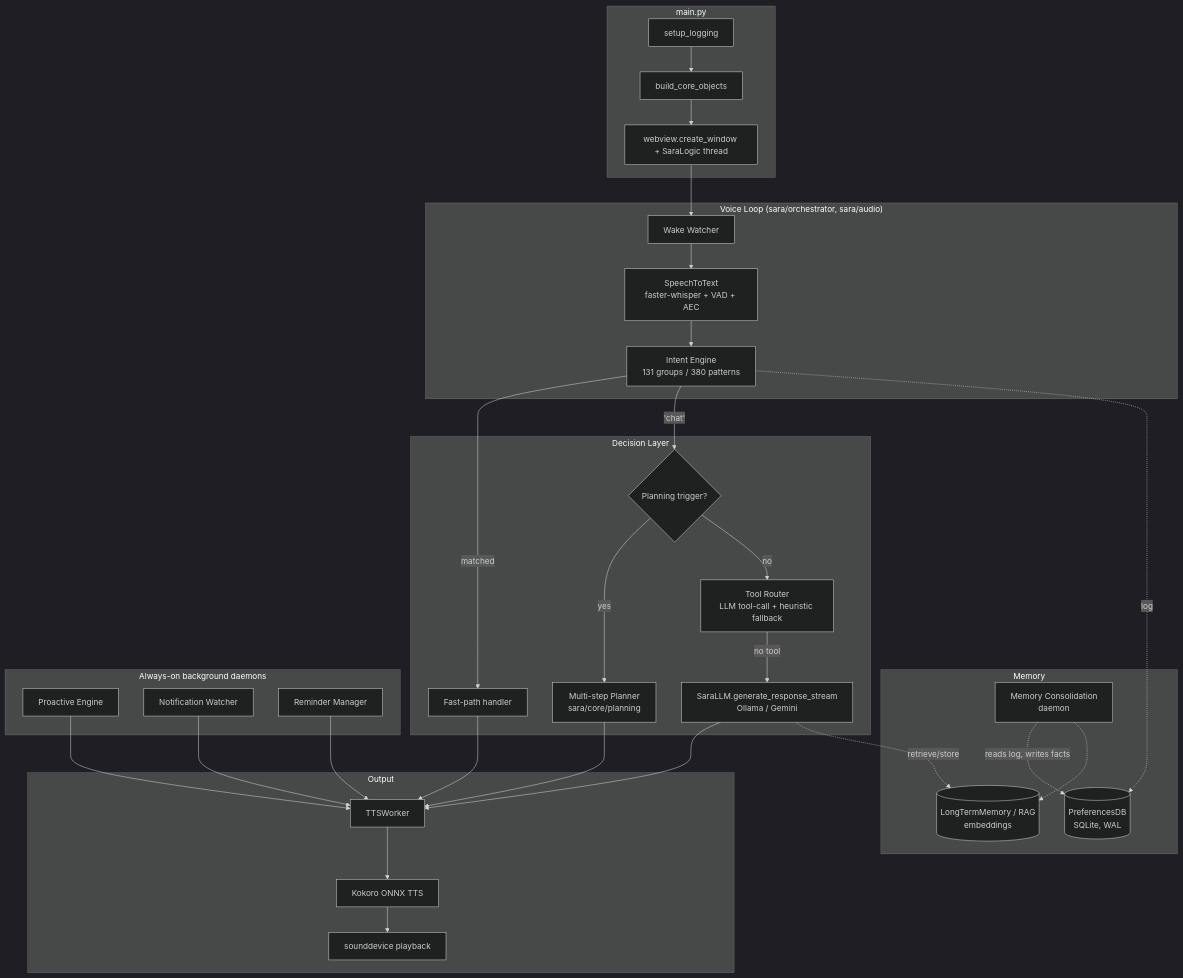
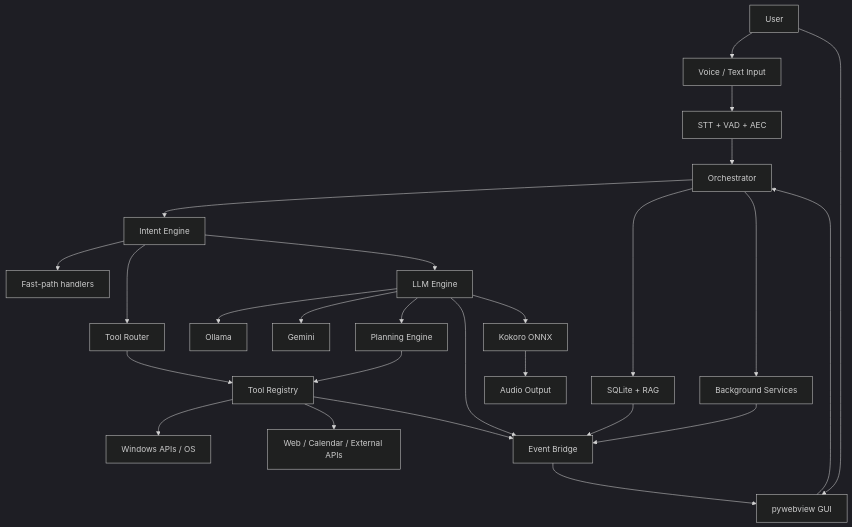
The diagram in README.md (manvendrasingh0712/SARA-AI-Automation-Powered-Personal-Desktop-Assistant-voice-command-), drawn with Mermaid (dark theme) before and after one commit. The commit also changed other lines of this file, not shown here.

````diff
--- a/README.md
+++ b/README.md
@@ -107,49 +187,32 @@
 ```mermaid
-flowchart TD
-    subgraph Entry["main.py"]
-        A[setup_logging] --> B[build_core_objects]
-        B --> C[webview.create_window + SaraLogic thread]
-    end
+graph TD
+    U[User] --> V[Voice / Text Input]
+    V --> STT[STT + VAD + AEC]
+    STT --> ORCH[Orchestrator]
+    U --> GUI[pywebview GUI]
+    GUI --> ORCH
 
-    subgraph Voice["Voice Loop (sara/orchestrator, sara/audio)"]
-        D[Wake Watcher] --> E[SpeechToText<br/>faster-whisper + VAD + AEC]
-        E --> F[Intent Engine<br/>131 groups / 380 patterns]
-    end
+    ORCH --> INTENT[Intent Engine]
+    INTENT --> FAST[Fast-path handlers]
+    INTENT --> ROUTER[Tool Router]
+    INTENT --> LLM[LLM Engine]
 
-    subgraph Brain["Decision Layer"]
-        F -- matched --> G[Fast-path handler]
-        F -- 'chat' --> H{Planning trigger?}
-        H -- yes --> I[Multi-step Planner<br/>sara/core/planning]
-        H -- no --> J[Tool Router<br/>LLM tool-call + heuristic fallback]
-        J -- no tool --> K[SaraLLM.generate_response_stream<br/>Ollama / Gemini]
-    end
+    LLM --> OLLAMA[Ollama]
+    LLM --> GEMINI[Gemini]
+    ROUTER --> TOOLS[Tool Registry]
+    LLM --> PLAN[Planning Engine]
+    PLAN --> TOOLS
 
-    subgraph Memory["Memory"]
-        L[(PreferencesDB<br/>SQLite, WAL)]
-        M[(LongTermMemory / RAG<br/>embeddings)]
-        N[Memory Consolidation<br/>daemon]
-    end
+    ORCH --> MEMORY[SQLite + RAG]
+    ORCH --> BG[Background Services]
+    TOOLS --> WIN[Windows APIs / OS]
+    TOOLS --> WEB[Web / Calendar / External APIs]
 
-    subgraph Output["Output"]
-        O[TTSWorker] --> P[Kokoro ONNX TTS]
-        P --> Q[sounddevice playback]
-    end
-
-    C --> D
-    G --> O
-    I --> O
-    K --> O
-    F -.log.-> L
-    K -.retrieve/store.-> M
-    N -.reads log, writes facts.-> L
-    N -.-> M
-
-    subgraph Background["Always-on background daemons"]
-        R[Proactive Engine]
-        S[Notification Watcher]
-        T[Reminder Manager]
-    end
-    R --> O
-    S --> O
-    T --> O
+    TOOLS --> EVENTS[Event Bridge]
+    LLM --> EVENTS
+    MEMORY --> EVENTS
+    BG --> EVENTS
+    EVENTS --> GUI
+    LLM --> TTS[Kokoro ONNX]
+    TTS --> OUT[Audio Output]
 ```
````
